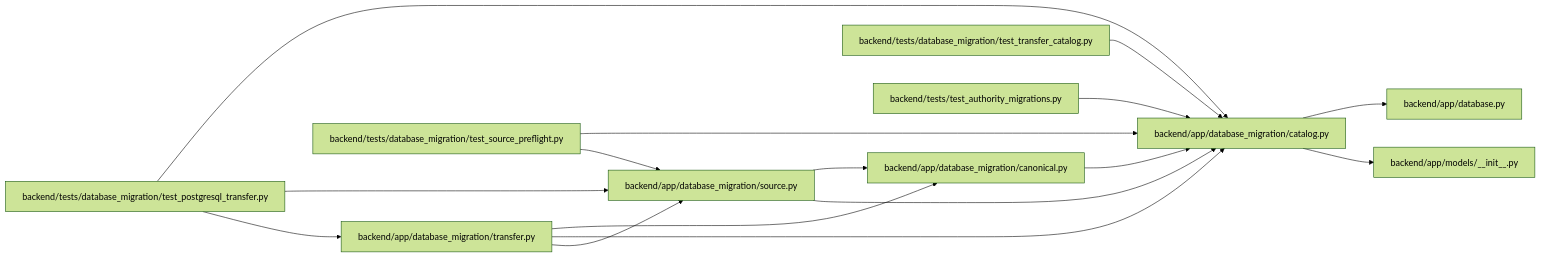
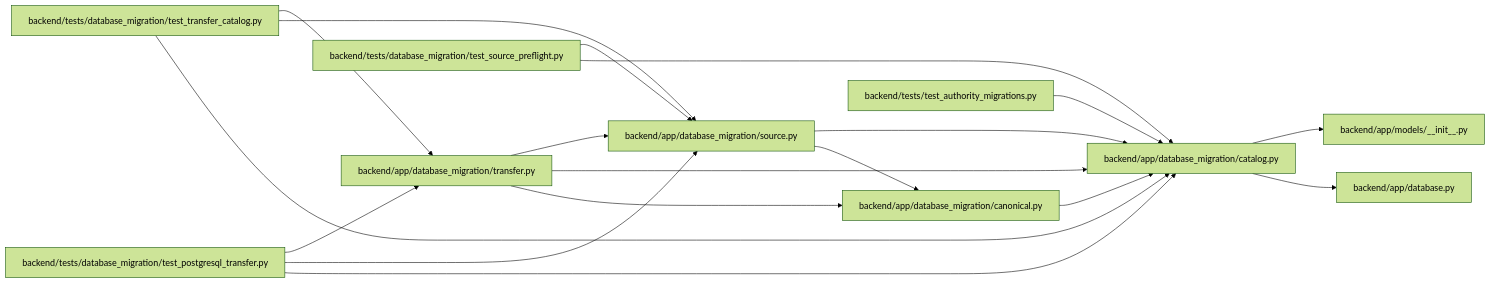
One commit to Denissvgn/WorkChord changed the diagram in docs/llm_wiki/modules/catalog.md. Above: the diagram before and after it, drawn with Mermaid (forest theme). The commit also changed 10148 other files, not shown here.

````diff
--- a/docs/llm_wiki/modules/catalog.md
+++ b/docs/llm_wiki/modules/catalog.md
@@ -25,38 +25,40 @@
 ```mermaid
 flowchart LR
     n0["backend/app/database.py"]
     n1["backend/app/database_migration/canonical.py"]
     n2["backend/app/database_migration/catalog.py"]
     n3["backend/app/database_migration/source.py"]
     n4["backend/app/database_migration/transfer.py"]
     n5["backend/app/models/__init__.py"]
     n6["backend/tests/database_migration/test_postgresql_transfer.py"]
     n7["backend/tests/database_migration/test_source_preflight.py"]
     n8["backend/tests/database_migration/test_transfer_catalog.py"]
     n9["backend/tests/test_authority_migrations.py"]
     n1 --> n2
     n2 --> n0
     n2 --> n5
     n3 --> n1
     n3 --> n2
     n4 --> n1
     n4 --> n2
     n4 --> n3
     n6 --> n2
     n6 --> n3
     n6 --> n4
     n7 --> n2
     n7 --> n3
     n8 --> n2
+    n8 --> n3
+    n8 --> n4
     n9 --> n2
     click n0 "../modules/app_database.md"
     click n1 "../modules/database_migration_canonical.md"
     click n2 "../modules/catalog.md"
     click n3 "../modules/source.md"
     click n4 "../modules/transfer.md"
     click n5 "../modules/models___init__.md"
     click n6 "../modules/test_postgresql_transfer.md"
     click n7 "../modules/test_source_preflight.md"
     click n8 "../modules/test_transfer_catalog.md"
     click n9 "../modules/test_authority_migrations.md"
 ```
````
